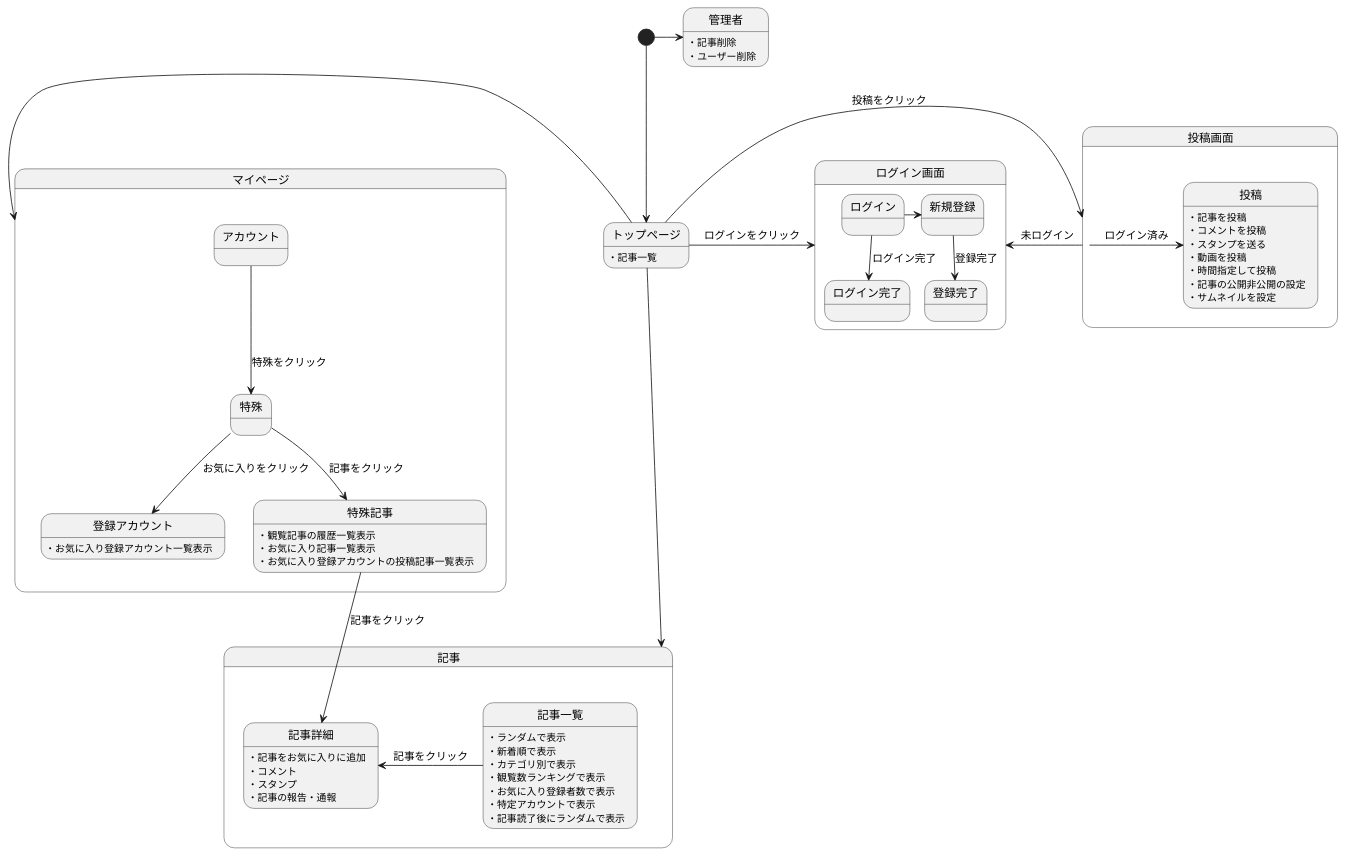
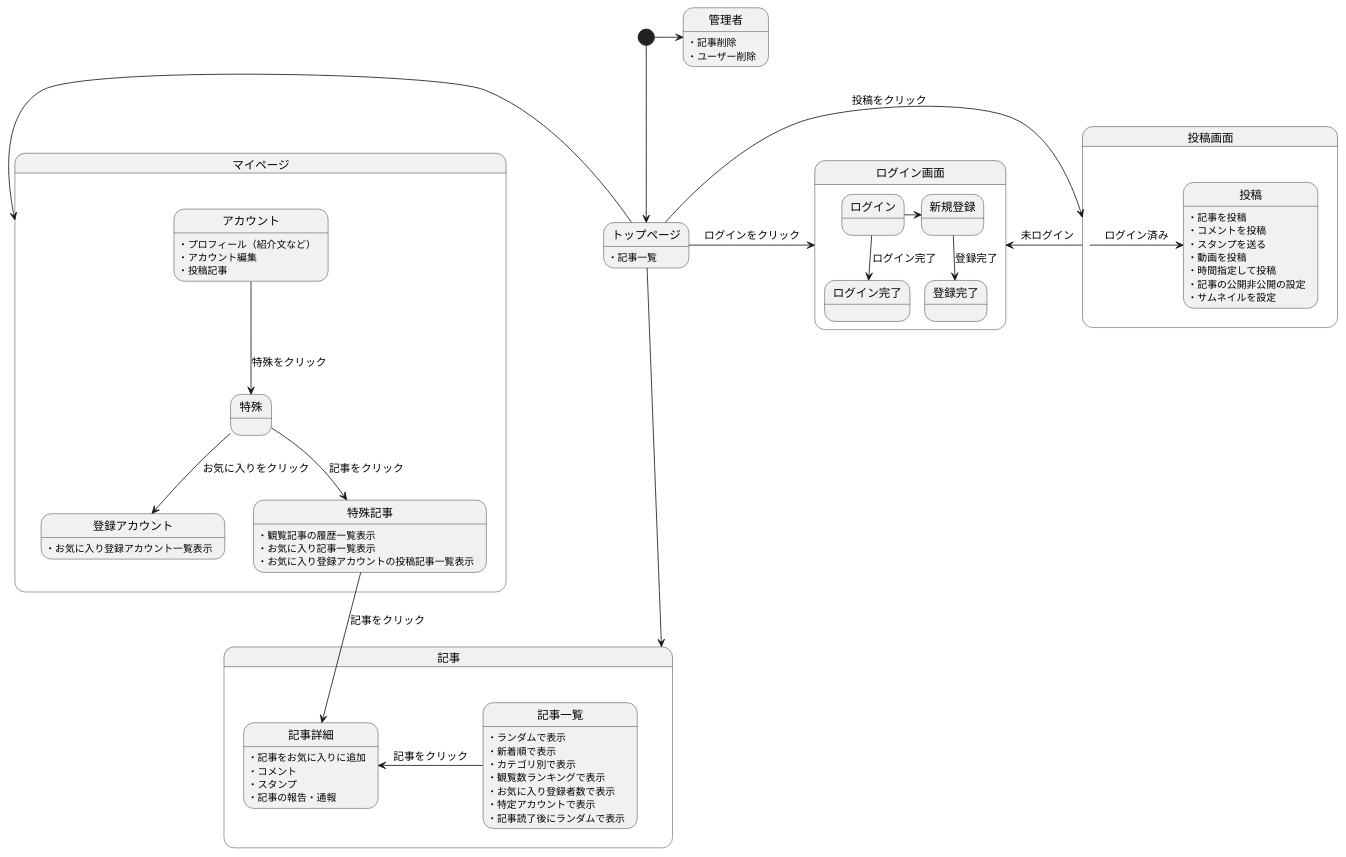
One commit to Aso2001001/2022System changed the diagram in 後期画面遷移.md. Above: the diagram before and after it, drawn with PlantUML.

````diff
--- a/後期画面遷移.md
+++ b/後期画面遷移.md
@@ -1,73 +1,77 @@
 ```uml
 @startuml
 [*] --> トップページ
 
 
 トップページ -down-> 記事
 トップページ -left-> マイページ
 トップページ -> 投稿画面 : 投稿をクリック
 
 トップページ:・記事一覧
 
 トップページ -> ログイン画面 : ログインをクリック
 
 
 state ログイン画面{
 ログイン -> 新規登録
 ログイン -down-> ログイン完了 : ログイン完了
 新規登録 -down-> 登録完了 : 登録完了
 }
 
 state 記事{
 記事一覧 -left-> 記事詳細 : 記事をクリック
 
 記事一覧:・ランダムで表示
 記事一覧:・新着順で表示
 記事一覧:・カテゴリ別で表示
 記事一覧:・観覧数ランキングで表示
 記事一覧:・お気に入り登録者数で表示
 記事一覧:・特定アカウントで表示
 記事一覧:・記事読了後にランダムで表示
 
 記事詳細:・記事をお気に入りに追加
 記事詳細:・コメント
 記事詳細:・スタンプ
 記事詳細:・記事の報告・通報
 
 }
 
 state 投稿画面{
 投稿画面 -> 投稿 : ログイン済み
 投稿画面 -> ログイン画面 : 未ログイン
 投稿:・記事を投稿
 投稿:・コメントを投稿
 投稿:・スタンプを送る
 投稿:・動画を投稿
 投稿:・時間指定して投稿
 投稿:・記事の公開非公開の設定
 投稿:・サムネイルを設定
 
 }
 
 state マイページ{
 
 アカウント -down-> 特殊 : 特殊をクリック
 特殊 -down-> 登録アカウント :お気に入りをクリック
 特殊 -down-> 特殊記事 :記事をクリック
 特殊記事 -down-> 記事詳細 :記事をクリック
 
+アカウント:・プロフィール（紹介文など）
+アカウント:・アカウント編集
+アカウント:・投稿記事
+
 特殊記事:・観覧記事の履歴一覧表示
 特殊記事:・お気に入り記事一覧表示
 登録アカウント:・お気に入り登録アカウント一覧表示
 特殊記事:・お気に入り登録アカウントの投稿記事一覧表示
 
 }
 
 
 [*] -right-> 管理者
 管理者:・記事削除
 管理者:・ユーザー削除
 
 
 @enduml
 ```
````
